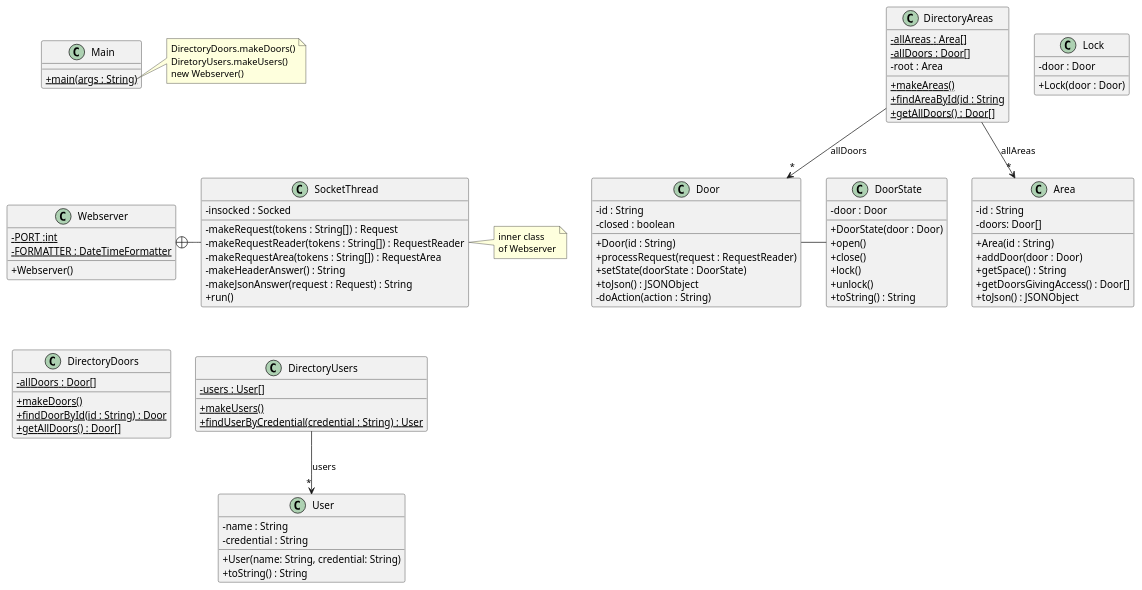
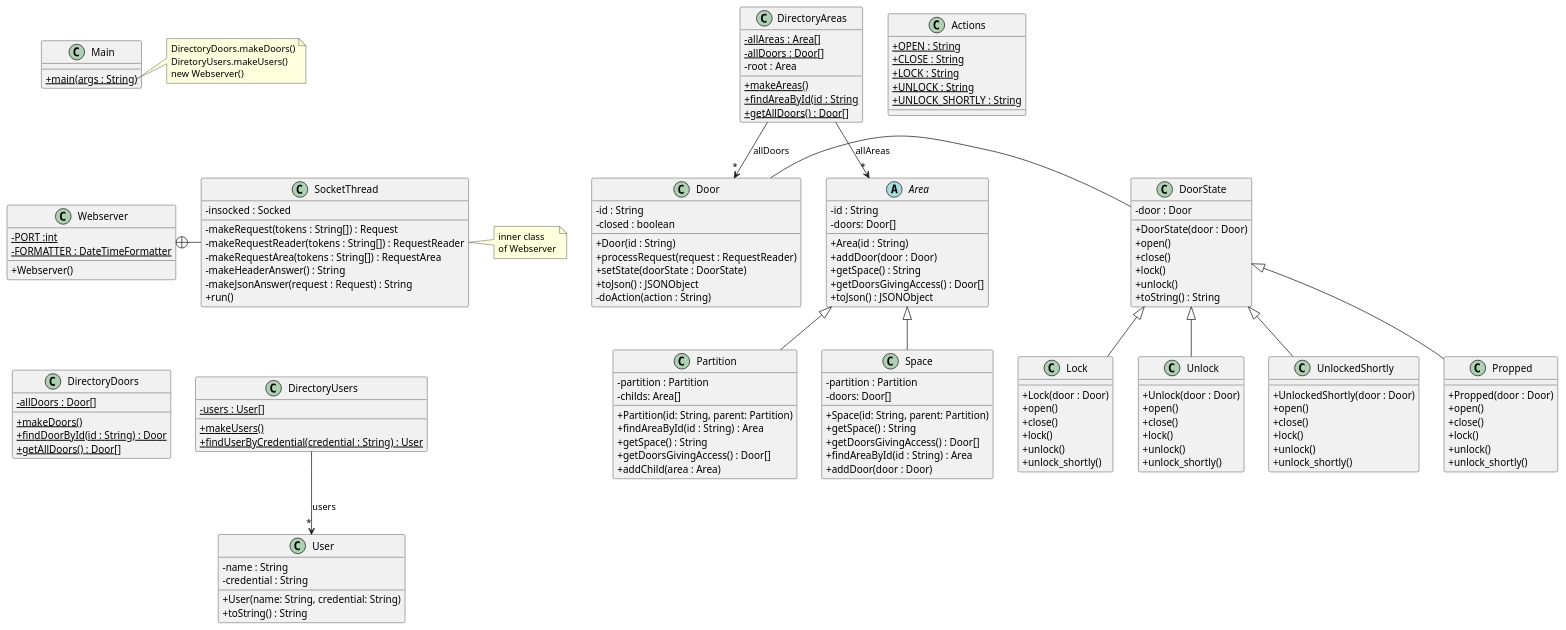
One commit to MarcUgass/AccesControlSystem-Dise-oSoftware- changed the diagram in src/baseNoStates/uml/base_no_states.puml. Above: the diagram before and after it, drawn with PlantUML. The commit also changed 9 other files, not shown here.

```diff
--- a/src/baseNoStates/uml/base_no_states.puml
+++ b/src/baseNoStates/uml/base_no_states.puml
@@ -1,118 +1,177 @@
 @startuml
 'https://plantuml.com/class-diagram
 skinparam classAttributeIconSize 0
 
 class Webserver {
 - {static} PORT :int
 - {static} FORMATTER : DateTimeFormatter
 + Webserver()
 }
 
 class SocketThread {
 - insocked : Socked
 - makeRequest(tokens : String[]) : Request
 - makeRequestReader(tokens : String[]) : RequestReader
 - makeRequestArea(tokens : String[]) : RequestArea
 - makeHeaderAnswer() : String
 - makeJsonAnswer(request : Request) : String
 + run()
 }
 
 Webserver +-right- SocketThread
 
 note right of SocketThread
 inner class
 of Webserver
 end note
 
 class DirectoryDoors {
 - {static} allDoors : Door[]
 + {static} makeDoors()
 + {static} findDoorById(id : String) : Door
 + {static} getAllDoors() : Door[]
 }
 
 class DirectoryAreas {
 - {static} allAreas : Area[]
 - {static} allDoors : Door[]
 - root : Area
 + {static} makeAreas()
 + {static} findAreaById(id : String
 + {static} getAllDoors() : Door[]
 }
 
 DirectoryAreas --> "*" Door : "allDoors"
 
-class Area {
+abstract class Area {
 - id : String
 - doors: Door[]
 + Area(id : String)
 + addDoor(door : Door)
 + getSpace() : String
 + getDoorsGivingAccess() : Door[]
 + toJson() : JSONObject
 }
 
 DirectoryAreas --> "*" Area : "allAreas"
+
+class Partition extends Area {
+- partition : Partition
+- childs: Area[]
++ Partition(id: String, parent: Partition)
++ findAreaById(id : String) : Area
++ getSpace() : String
++ getDoorsGivingAccess() : Door[]
++ addChild(area : Area)
+}
+
+class Space extends Area {
+- partition : Partition
+- doors: Door[]
++ Space(id: String, parent: Partition)
++ getSpace() : String
++ getDoorsGivingAccess() : Door[]
++ findAreaById(id : String) : Area
++ addDoor(door : Door)
+}
 
 class DirectoryUsers {
 - {static} users : User[]
 + {static} makeUsers()
 + {static} findUserByCredential(credential : String) : User
 }
 
 DirectoryUsers --> "*" User : "users"
 
 class Door {
 - id : String
 - closed : boolean
 + Door(id : String)
 + processRequest(request : RequestReader)
 + setState(doorState : DoorState)
 + toJson() : JSONObject
 '+ toString() : String
 '+ isClosed() :boolean
 '+ setClosed(b : boolean)
 '+ getStateName() : String
 - doAction(action : String)
 }
 
 class DoorState {
 - door : Door
 + DoorState(door : Door)
 + open()
 + close()
 + lock()
 + unlock()
 + toString() : String
 }
 
 Door -right- DoorState
 
-class Lock{
-- door : Door
+class Lock extends DoorState {
 + Lock(door : Door)
++ open()
++ close()
++ lock()
++ unlock()
++ unlock_shortly()
+}
+
+class Unlock extends DoorState {
++ Unlock(door : Door)
++ open()
++ close()
++ lock()
++ unlock()
++ unlock_shortly()
+}
+
+class UnlockedShortly extends DoorState {
++ UnlockedShortly(door : Door)
++ open()
++ close()
++ lock()
++ unlock()
++ unlock_shortly()
+}
+
+class Propped extends DoorState {
++ Propped(door : Door)
++ open()
++ close()
++ lock()
++ unlock()
++ unlock_shortly()
+}
+
+class Actions {
++ {static} OPEN : String
++ {static} CLOSE : String
++ {static} LOCK : String
++ {static} UNLOCK : String
++ {static} UNLOCK_SHORTLY : String
 }
 
 class User {
 - name : String
 - credential : String
 + User(name: String, credential: String)
 + toString() : String
 }
 
 
 class Main {
 + {static} main(args : String)
 }
 
 note right of Main::main
 DirectoryDoors.makeDoors()
 DiretoryUsers.makeUsers()
 new Webserver()
 end note
 
 Main -[hidden]down- Webserver
 Webserver -[hidden]down- DirectoryDoors
 DirectoryDoors -[hidden]right- DirectoryUsers
 @enduml
```
